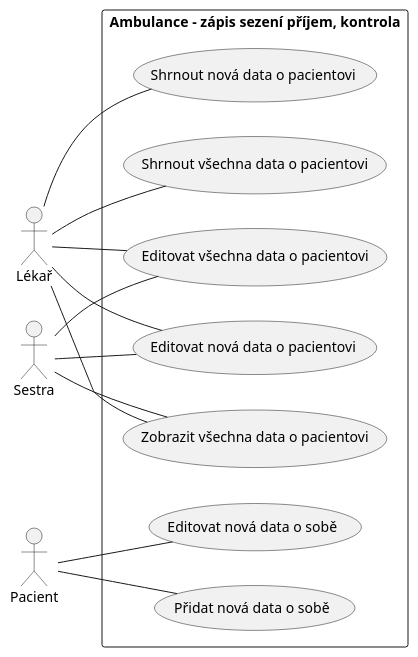
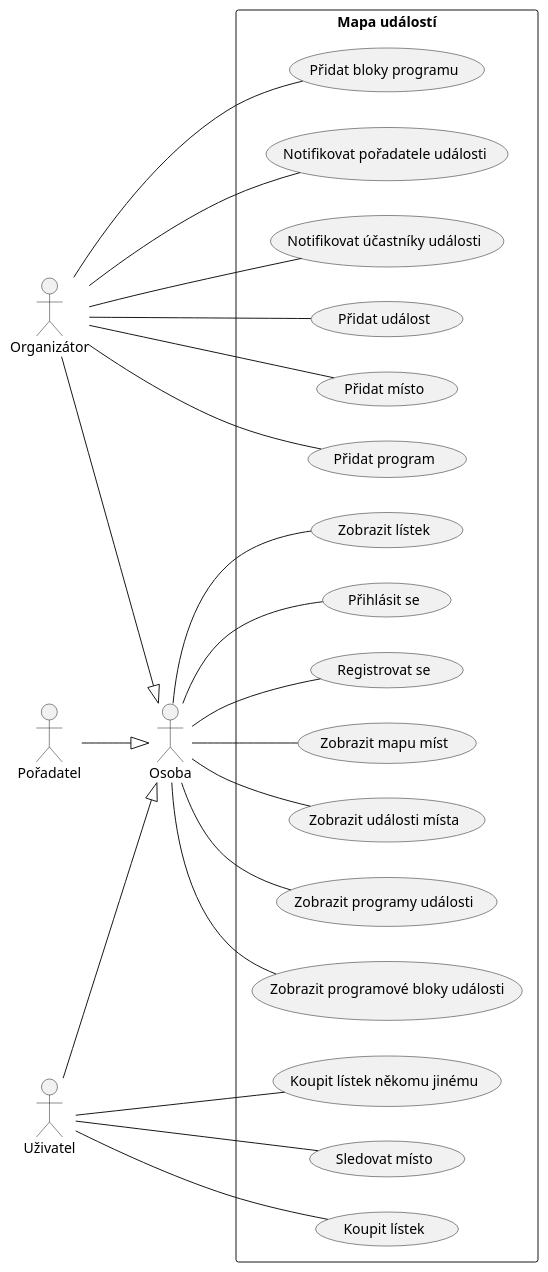
The diagram in docs/uc.puml (stahlgit/fit_iis_project), drawn with PlantUML before and after one commit.

Commit message:
feat: added new uc

```diff
--- a/docs/uc.puml
+++ b/docs/uc.puml
@@ -1,20 +1,31 @@
 @startuml
 left to right direction
 
-actor Lékař
-actor Sestra
-actor Pacient
+actor Osoba
+actor Organizátor
+actor Pořadatel
+actor Uživatel
 
-rectangle "Ambulance - zápis sezení příjem, kontrola" {
-	Lékař -- (Zobrazit všechna data o pacientovi)
-	Lékař -- (Editovat všechna data o pacientovi)
-	Lékař -- (Shrnout všechna data o pacientovi)
-	Lékař -- (Editovat nová data o pacientovi)
-	Lékař -- (Shrnout nová data o pacientovi)
-	Sestra -- (Zobrazit všechna data o pacientovi)
-	Sestra -- (Editovat všechna data o pacientovi)
-	Sestra -- (Editovat nová data o pacientovi)
-	Pacient -- (Přidat nová data o sobě)
-	Pacient -- (Editovat nová data o sobě)
+Uživatel  --|> Osoba
+Pořadatel --|> Osoba
+Organizátor --|> Osoba
+
+rectangle "Mapa událostí" {
+	Osoba -- (Zobrazit mapu míst)
+	Osoba -- (Zobrazit události místa)
+	Osoba -- (Zobrazit programy události)
+	Osoba -- (Zobrazit programové bloky události)
+	Osoba -- (Zobrazit lístek)
+	Osoba -- (Přihlásit se)
+	Osoba -- (Registrovat se)
+	Uživatel -- (Sledovat místo)
+	Uživatel -- (Koupit lístek)
+	Uživatel -- (Koupit lístek někomu jinému)
+	Organizátor -- (Přidat událost)
+	Organizátor -- (Přidat místo)
+	Organizátor -- (Přidat program)
+	Organizátor -- (Přidat bloky programu)
+	Organizátor -- (Notifikovat pořadatele události)
+	Organizátor -- (Notifikovat účastníky události)
 }
 @enduml
```
